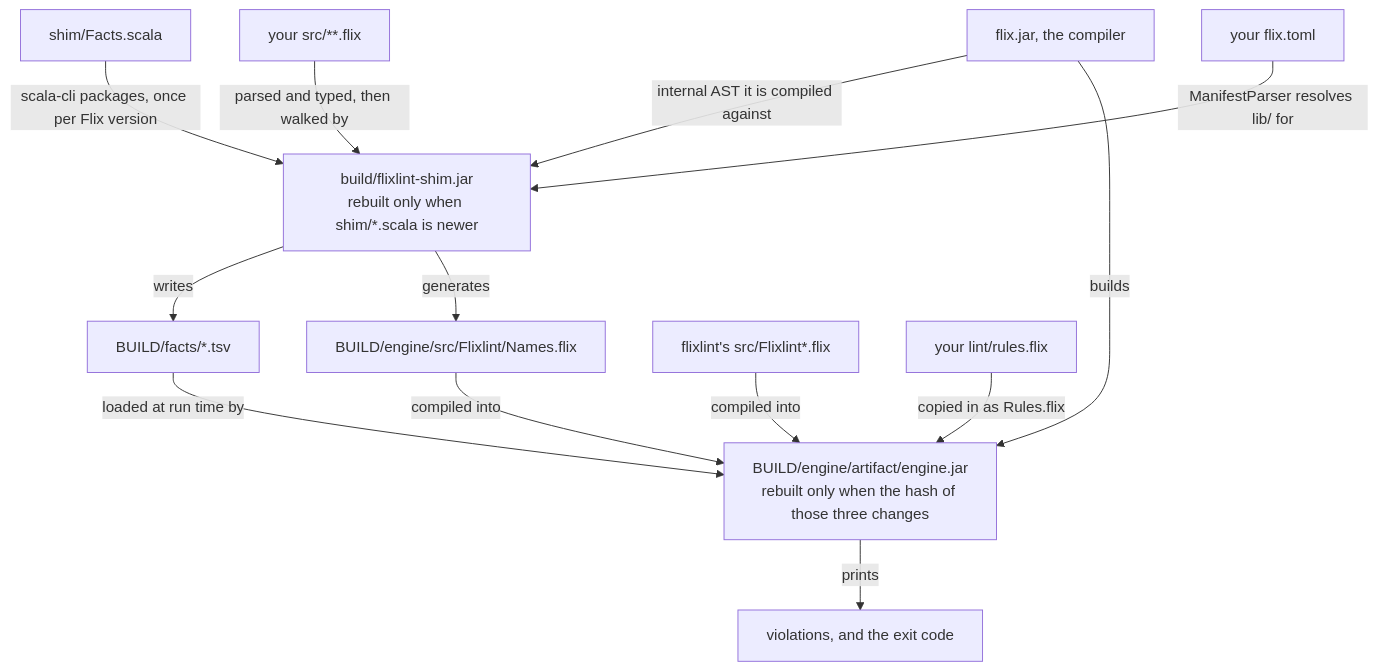
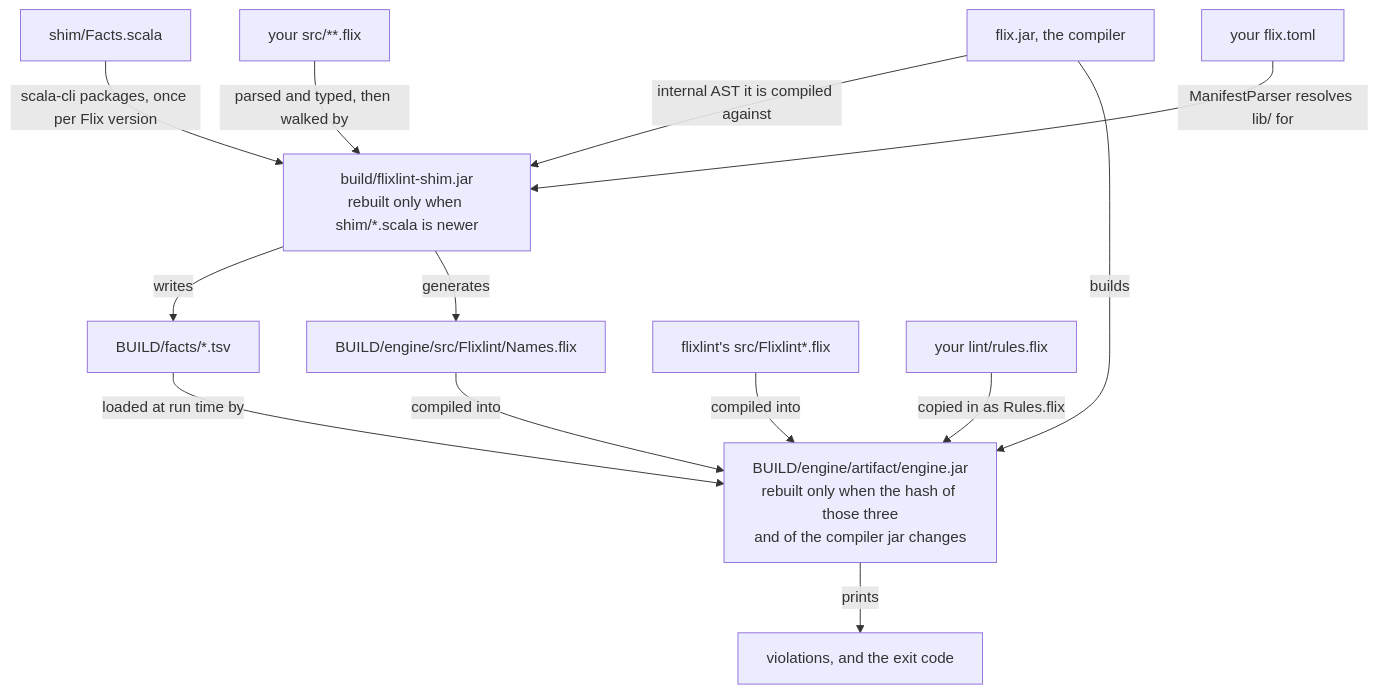
Before and after one commit to ababup1192/flixlint: the first of 4 diagrams in README.md, drawn with Mermaid. The commit also changed other lines of this file and 1 other file, not shown here.

First line of the commit message:
engine の jar の cache key にコンパイラの jar を混ぜる

````diff
--- a/README.md
+++ b/README.md
@@ -19,15 +19,15 @@
 ```mermaid
 flowchart TD
     scala["shim/Facts.scala"] -->|"scala-cli packages, once per Flix version"| shimjar
     flixjar["flix.jar, the compiler"] -->|"internal AST it is compiled against"| shimjar["build/flixlint-shim.jar<br>rebuilt only when shim/*.scala is newer"]
     src["your src/**.flix"] -->|"parsed and typed, then walked by"| shimjar
     toml["your flix.toml"] -->|"ManifestParser resolves lib/ for"| shimjar
     shimjar -->|"writes"| facts["BUILD/facts/*.tsv"]
     shimjar -->|"generates"| names["BUILD/engine/src/Flixlint/Names.flix"]
-    names -->|"compiled into"| engine["BUILD/engine/artifact/engine.jar<br>rebuilt only when the hash of those three changes"]
+    names -->|"compiled into"| engine["BUILD/engine/artifact/engine.jar<br>rebuilt only when the hash of those three<br>and of the compiler jar changes"]
     lib["flixlint's src/Flixlint*.flix"] -->|"compiled into"| engine
     rules["your lint/rules.flix"] -->|"copied in as Rules.flix"| engine
     flixjar -->|"builds"| engine
     facts -->|"loaded at run time by"| engine
     engine -->|"prints"| report["violations, and the exit code"]
 ```
````
